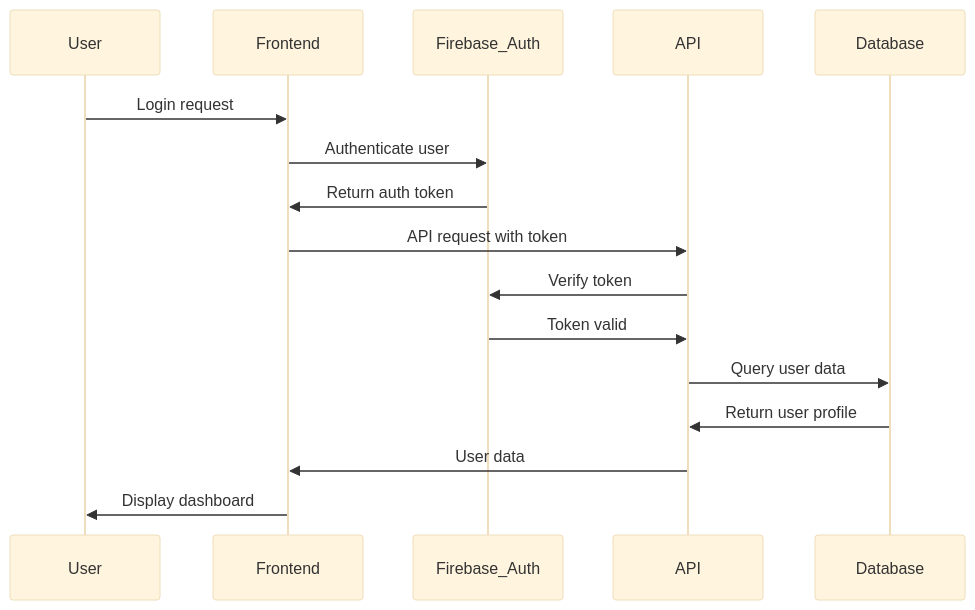
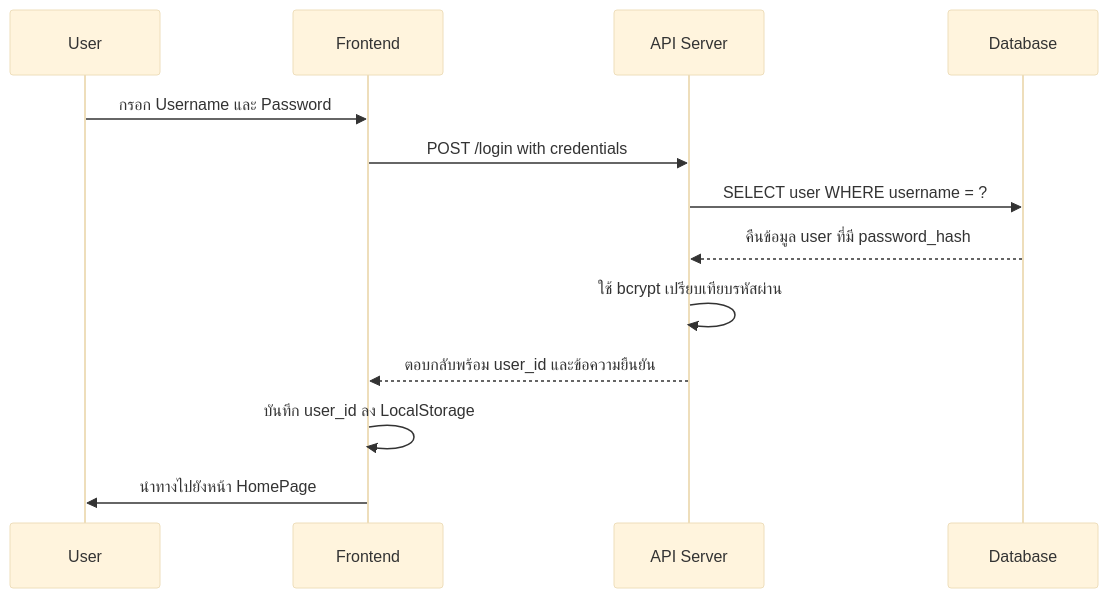
Before and after one commit to phatcharat/Sous_Cook: the eighth of 12 diagrams in doc/diagram.md, drawn with Mermaid (base theme). The commit also changed other lines of this file and 7 other files, not shown here.

````diff
--- a/doc/diagram.md
+++ b/doc/diagram.md
@@ -296,19 +295,16 @@
 ```mermaid
 sequenceDiagram
     participant User
     participant Frontend
-    participant Firebase_Auth
-    participant API
+    participant API Server
     participant Database
-    
-    User->>Frontend: Login request
-    Frontend->>Firebase_Auth: Authenticate user
-    Firebase_Auth->>Frontend: Return auth token
-    Frontend->>API: API request with token
-    API->>Firebase_Auth: Verify token
-    Firebase_Auth->>API: Token valid
-    API->>Database: Query user data
-    Database->>API: Return user profile
-    API->>Frontend: User data
-    Frontend->>User: Display dashboard
+
+    User->>Frontend: กรอก Username และ Password
+    Frontend->>API Server: POST /login with credentials
+    API Server->>Database: SELECT user WHERE username = ?
+    Database-->>API Server: คืนข้อมูล user ที่มี password_hash
+    API Server->>API Server: ใช้ bcrypt เปรียบเทียบรหัสผ่าน
+    API Server-->>Frontend: ตอบกลับพร้อม user_id และข้อความยืนยัน
+    Frontend->>Frontend: บันทึก user_id ลง LocalStorage
+    Frontend->>User: นำทางไปยังหน้า HomePage
 ```
````
